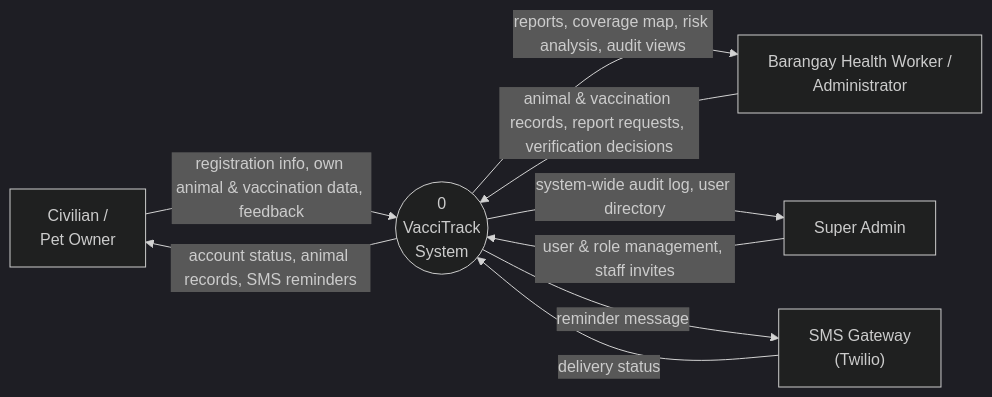
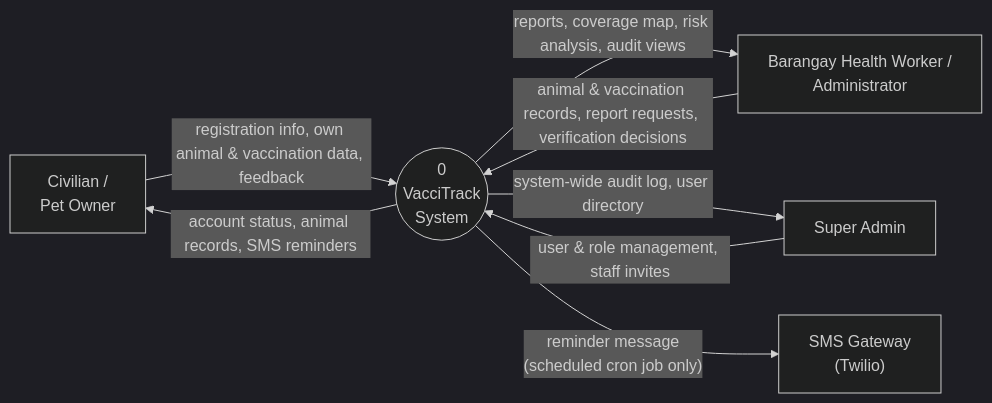
Before and after one commit to kiniakoangaccount/vaccitrack-capstone: the sixth of 8 diagrams in DIAGRAMS.md, drawn with Mermaid (dark theme). The commit also changed other lines of this file and 11 other files, not shown here.

````diff
--- a/DIAGRAMS.md
+++ b/DIAGRAMS.md
@@ -195,21 +217,20 @@
 ```mermaid
 flowchart LR
   CIV["Civilian /<br/>Pet Owner"]
   STAFF["Barangay Health Worker /<br/>Administrator"]
   SUPER["Super Admin"]
   SMS["SMS Gateway<br/>(Twilio)"]
 
   SYS(("0<br/>VacciTrack<br/>System"))
 
   CIV -- "registration info, own animal & vaccination data, feedback" --> SYS
   SYS -- "account status, animal records, SMS reminders" --> CIV
 
   STAFF -- "animal & vaccination records, report requests, verification decisions" --> SYS
   SYS -- "reports, coverage map, risk analysis, audit views" --> STAFF
 
   SUPER -- "user & role management, staff invites" --> SYS
   SYS -- "system-wide audit log, user directory" --> SUPER
 
-  SYS -- "reminder message" --> SMS
-  SMS -- "delivery status" --> SYS
+  SYS -- "reminder message<br/>(scheduled cron job only)" --> SMS
 ```
````
